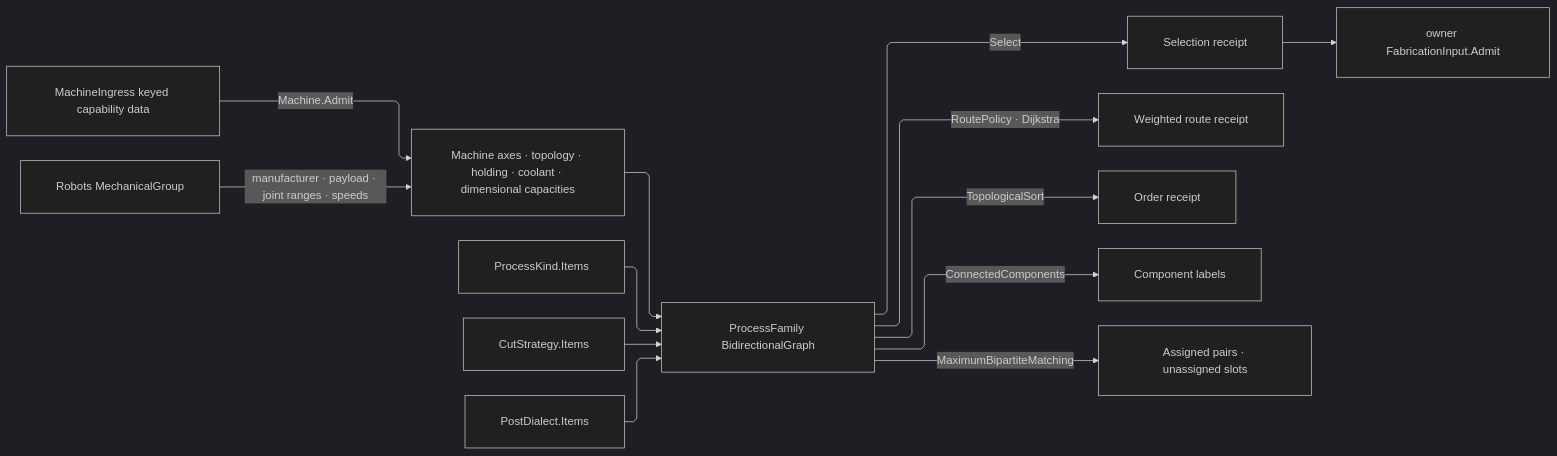
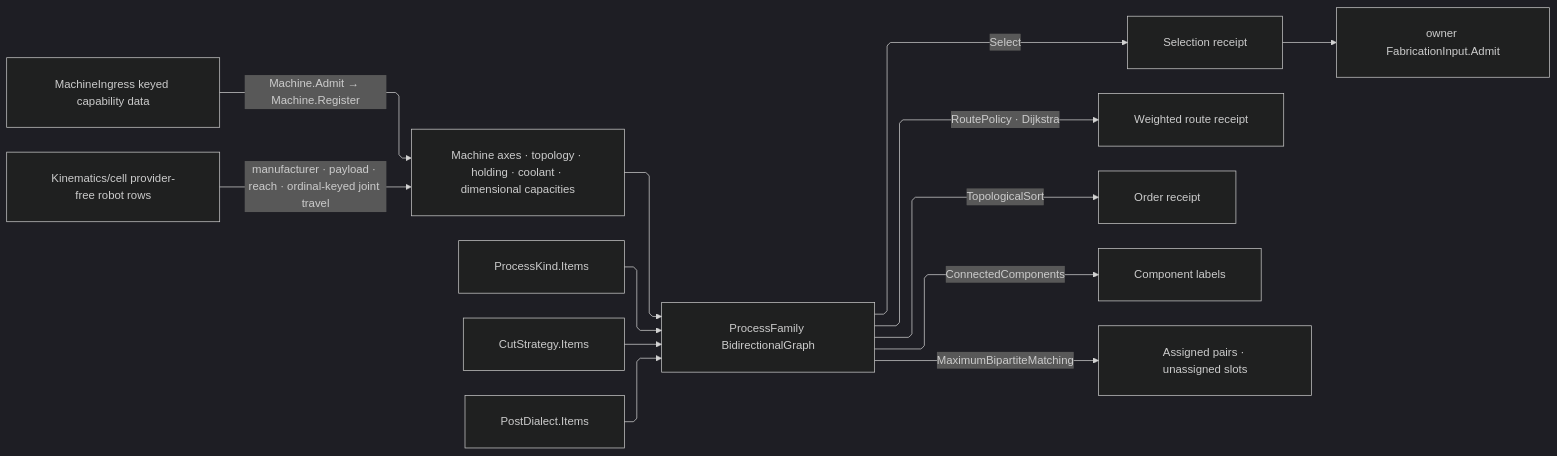
Before and after one commit to bsamiee/Rasm: the diagram in libs/csharp/Rasm.Fabrication/.planning/Process/family.md, drawn with Mermaid (dark theme). The commit also changed other lines of this file and 693 other files, not shown here.

````diff
--- a/libs/csharp/Rasm.Fabrication/.planning/Process/family.md
+++ b/libs/csharp/Rasm.Fabrication/.planning/Process/family.md
@@ -1245,24 +1248,24 @@
 ```mermaid
 ---
 config:
   layout: elk
   flowchart:
     curve: linear
     padding: 25
 ---
 flowchart LR
     accTitle: Fabrication process-family relations
     accDescr: Bounded process axes and admitted runtime machines fold into one graph that serves selection, reachability, ordering, connected-family inspection, and fleet matching.
-    Seeds["MachineIngress keyed capability data"] -->|Machine.Admit| Machine["Machine axes · topology · holding · coolant · dimensional capacities"]
-    Mechanical["Robots MechanicalGroup"] -->|manufacturer · payload · joint ranges · speeds| Machine
+    Seeds["MachineIngress keyed capability data"] -->|Machine.Admit → Machine.Register| Machine["Machine axes · topology · holding · coolant · dimensional capacities"]
+    Cell["Kinematics/cell provider-free robot rows"] -->|manufacturer · payload · reach · ordinal-keyed joint travel| Machine
     Process["ProcessKind.Items"] --> Graph["ProcessFamily BidirectionalGraph"]
     Strategy["CutStrategy.Items"] --> Graph
     Dialect["PostDialect.Items"] --> Graph
     Machine --> Graph
     Graph -->|Select| Selection["Selection receipt"]
     Graph -->|RoutePolicy · Dijkstra| Route["Weighted route receipt"]
     Graph -->|TopologicalSort| Order["Order receipt"]
     Graph -->|ConnectedComponents| Components["Component labels"]
     Graph -->|MaximumBipartiteMatching| Allocation["Assigned pairs · unassigned slots"]
     Selection --> Fabrication["owner FabricationInput.Admit"]
 ```
````
